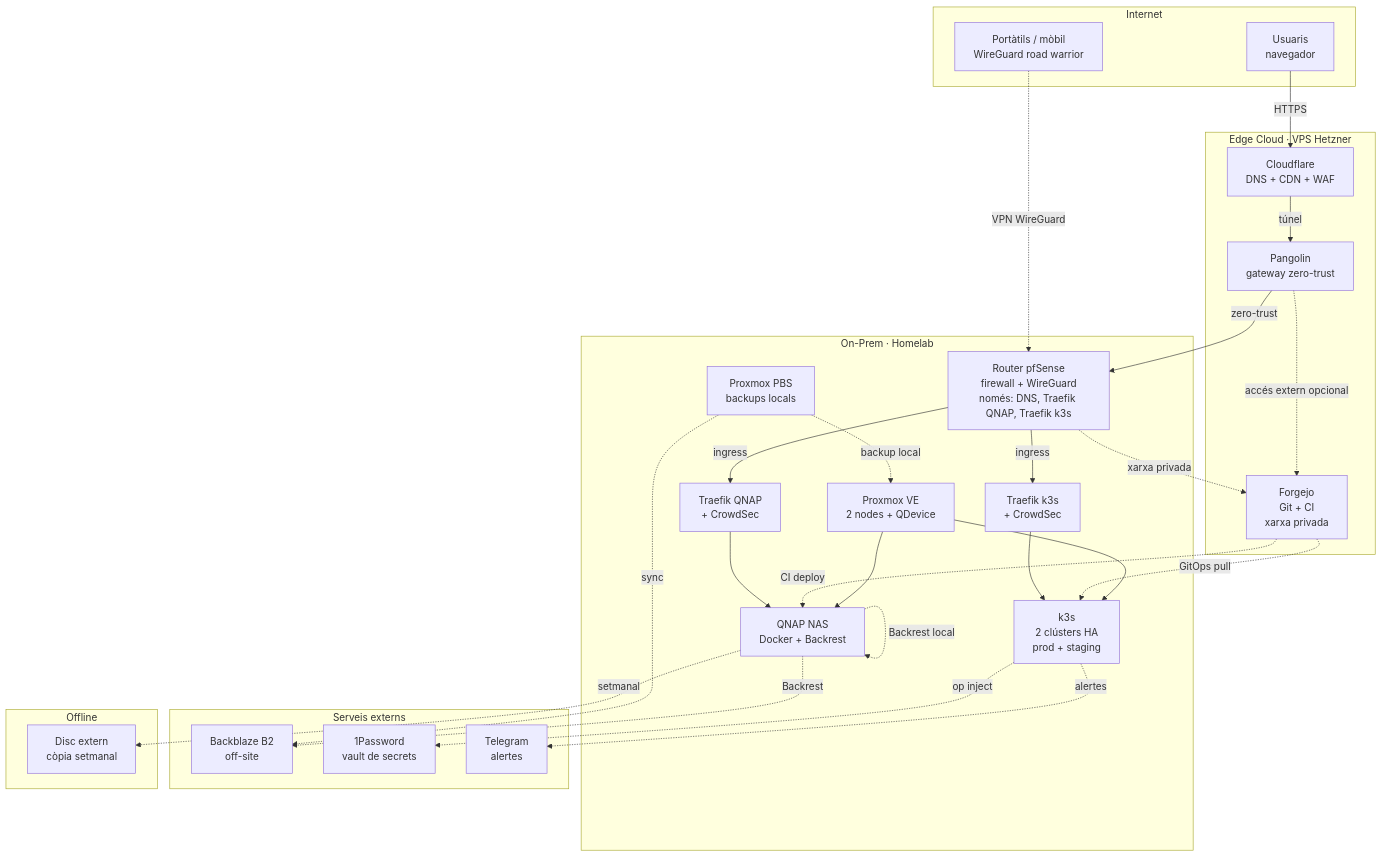
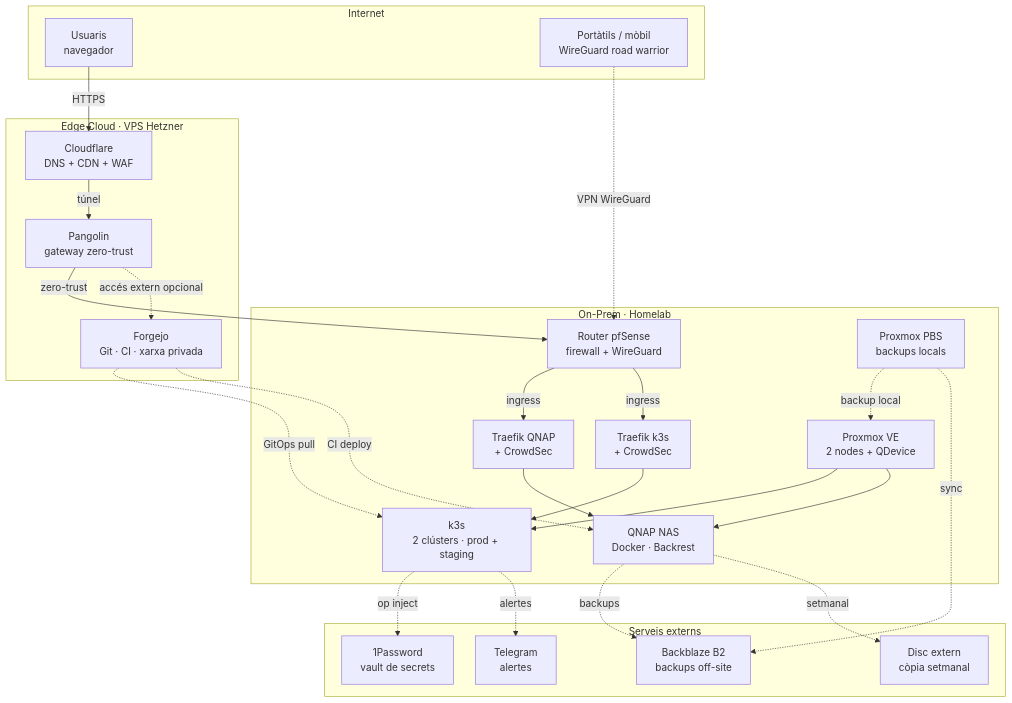
The diagram in content/ca/architecture.md (aygosan/portfoli), drawn with Mermaid before and after one commit. The commit also changed 2 other files, not shown here.

Commit message:
web: mermaid equilibrat (spacing init, offline dins serveis externs, labels curts)

```diff
--- a/content/ca/architecture.md
+++ b/content/ca/architecture.md
@@ -25,61 +25,54 @@
 {{< mermaid >}}
+%%{init: {"flowchart": {"nodeSpacing": 35, "rankSpacing": 40, "wrappingWidth": 180}} }%%
 flowchart TB
-
     subgraph Internet["Internet"]
         USER["Usuaris<br/>navegador"]
         REMOTE["Portàtils / mòbil<br/>WireGuard road warrior"]
     end
 
     subgraph Edge["Edge Cloud · VPS Hetzner"]
         CF["Cloudflare<br/>DNS + CDN + WAF"]
         PANGOLIN["Pangolin<br/>gateway zero-trust"]
-        FORGEJO["Forgejo<br/>Git + CI<br/>xarxa privada"]
+        FORGEJO["Forgejo<br/>Git · CI · xarxa privada"]
     end
 
     subgraph OnPrem["On-Prem · Homelab"]
-        PFSENSE["Router pfSense<br/>firewall + WireGuard<br/>només: DNS, Traefik QNAP, Traefik k3s"]
+        PFSENSE["Router pfSense<br/>firewall + WireGuard"]
+        TRAEFIK_Q["Traefik QNAP<br/>+ CrowdSec"]
+        TRAEFIK_K["Traefik k3s<br/>+ CrowdSec"]
+        QNAP["QNAP NAS<br/>Docker · Backrest"]
+        K8S["k3s<br/>2 clústers · prod + staging"]
         PROXMOX["Proxmox VE<br/>2 nodes + QDevice"]
-        K8S["k3s<br/>2 clústers HA<br/>prod + staging"]
-        QNAP["QNAP NAS<br/>Docker + Backrest"]
-        TRAEFIK_K["Traefik k3s<br/>+ CrowdSec"]
-        TRAEFIK_Q["Traefik QNAP<br/>+ CrowdSec"]
         PBS["Proxmox PBS<br/>backups locals"]
     end
 
     subgraph Ext["Serveis externs"]
-        B2["Backblaze B2<br/>off-site"]
+        B2["Backblaze B2<br/>backups off-site"]
         ONEPW["1Password<br/>vault de secrets"]
         TG["Telegram<br/>alertes"]
-    end
-
-    subgraph Off["Offline"]
         EXTDISK["Disc extern<br/>còpia setmanal"]
     end
 
+    USER -->|HTTPS| CF
     CF -->|túnel| PANGOLIN
-    USER -->|HTTPS| CF
     PANGOLIN -->|zero-trust| PFSENSE
+    REMOTE -.->|VPN WireGuard| PFSENSE
 
     PFSENSE -->|ingress| TRAEFIK_Q
     PFSENSE -->|ingress| TRAEFIK_K
     TRAEFIK_Q --> QNAP
     TRAEFIK_K --> K8S
+    PROXMOX --> K8S
+    PROXMOX --> QNAP
 
-    REMOTE -.->|VPN WireGuard| PFSENSE
-    PFSENSE -.->|xarxa privada| FORGEJO
     PANGOLIN -.->|accés extern opcional| FORGEJO
-
     FORGEJO -.->|GitOps pull| K8S
     FORGEJO -.->|CI deploy| QNAP
 
-    PROXMOX --> K8S
-    PROXMOX --> QNAP
     PBS -.->|backup local| PROXMOX
     PBS -.->|sync| B2
-    QNAP -.->|Backrest local| QNAP
-    QNAP -.->|Backrest| B2
+    QNAP -.->|backups| B2
     QNAP -.->|setmanal| EXTDISK
-
     K8S -.->|op inject| ONEPW
     K8S -.->|alertes| TG
 {{< /mermaid >}}
```
